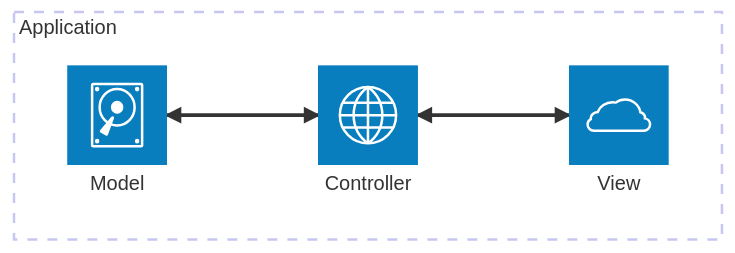
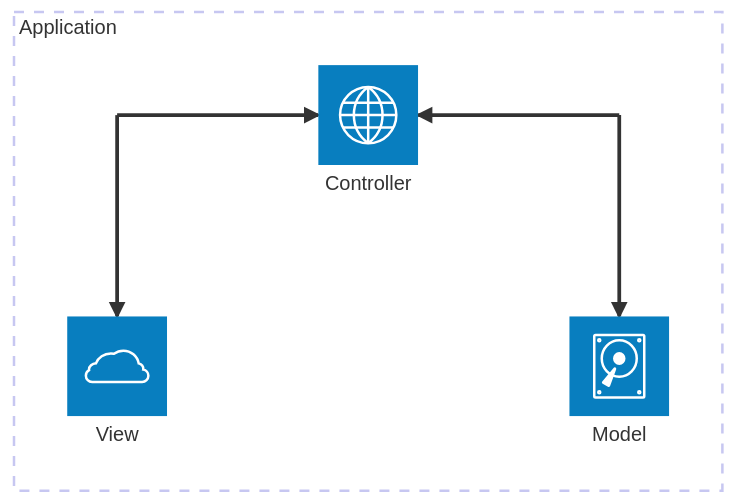
Before and after one commit to Uplink036/StardewCalculator: the second of 2 diagrams in README.md, drawn with Mermaid.

Commit message:
Update MVC view

````diff
--- a/README.md
+++ b/README.md
@@ -19,11 +19,15 @@
 ```mermaid
 architecture-beta
     group application[Application]
     service controller(internet)[Controller] in application
     service model(disk)[Model] in application
     service view(cloud)[View] in application
+    junction junctionLeft in application
+    junction junctionRight in application
 
 
-    controller:L <--> R:model
-    controller:R <--> L:view 
+    controller:R <-- L:junctionLeft
+    controller:L <-- R:junctionRight
+    model:T <-- B:junctionLeft
+    view:T <-- B:junctionRight
 ```
````
